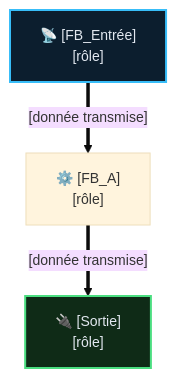
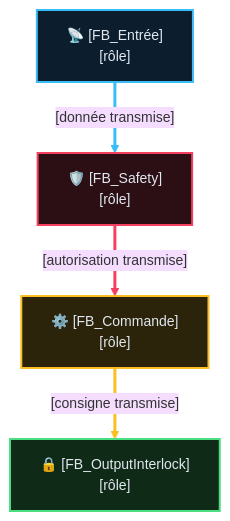
The diagram in DOC/WFLOW/TEMPLATE/AF_SPEC_TEMPLATE.md (MatGros/2026_Projet_YGO_ExcavatriceDragage), drawn with Mermaid before and after one commit. The commit also changed other lines of this file and 4 other files, not shown here.

````diff
--- a/DOC/WFLOW/TEMPLATE/AF_SPEC_TEMPLATE.md
+++ b/DOC/WFLOW/TEMPLATE/AF_SPEC_TEMPLATE.md
@@ -110,15 +143,26 @@
 ```mermaid
 %%{init: {'theme':'base', 'themeVariables': {'fontSize':'14px'}}}%%
 flowchart TD
     A["📡 [FB_Entrée]<br/>[rôle]"]
-    B["⚙️ [FB_A]<br/>[rôle]"]
-    C["🔌 [Sortie]<br/>[rôle]"]
+    B["🛡️ [FB_Safety]<br/>[rôle]"]
+    C["⚙️ [FB_Commande]<br/>[rôle]"]
+    D["🔒 [FB_OutputInterlock]<br/>[rôle]"]
 
     A ==>|"[donnée transmise]"| B
-    B ==>|"[donnée transmise]"| C
+    B ==>|"[autorisation transmise]"| C
+    C ==>|"[consigne transmise]"| D
 
     classDef acq fill:#0c1e2e,stroke:#38bdf8,stroke-width:2px,color:#e2e8f0
+    classDef safe fill:#2b0f14,stroke:#f43f5e,stroke-width:2px,color:#e2e8f0
+    classDef cmd fill:#2b230a,stroke:#fbbf24,stroke-width:2px,color:#e2e8f0
     classDef outp fill:#0f2b17,stroke:#4ade80,stroke-width:2px,color:#e2e8f0
+
     class A acq
-    class C outp
+    class B safe
+    class C cmd
+    class D outp
+
+    linkStyle 0 stroke:#38bdf8,stroke-width:3px
+    linkStyle 1 stroke:#f43f5e,stroke-width:3px
+    linkStyle 2 stroke:#fbbf24,stroke-width:3px
 ```
````
